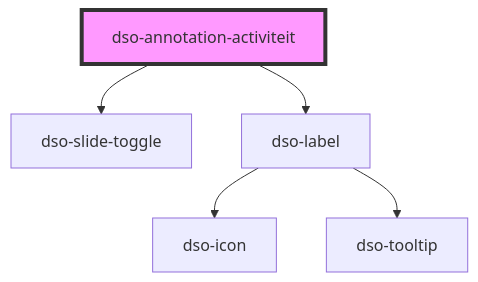
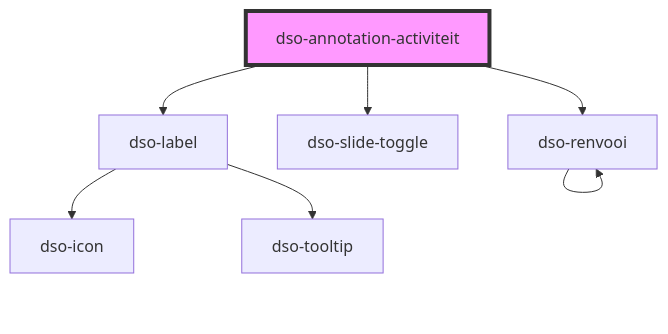
The diagram in packages/core/src/components/annotation/annotation-activiteit/readme.md (dso-toolkit/dso-toolkit), drawn with Mermaid before and after one commit. The commit also changed other lines of this file and 44 other files, not shown here.

````diff
--- a/packages/core/src/components/annotation/annotation-activiteit/readme.md
+++ b/packages/core/src/components/annotation/annotation-activiteit/readme.md
@@ -43,8 +44,10 @@
 ```mermaid
 graph TD;
+  dso-annotation-activiteit --> dso-renvooi
   dso-annotation-activiteit --> dso-slide-toggle
   dso-annotation-activiteit --> dso-label
+  dso-renvooi --> dso-renvooi
   dso-label --> dso-icon
   dso-label --> dso-tooltip
   style dso-annotation-activiteit fill:#f9f,stroke:#333,stroke-width:4px
 ```
````
